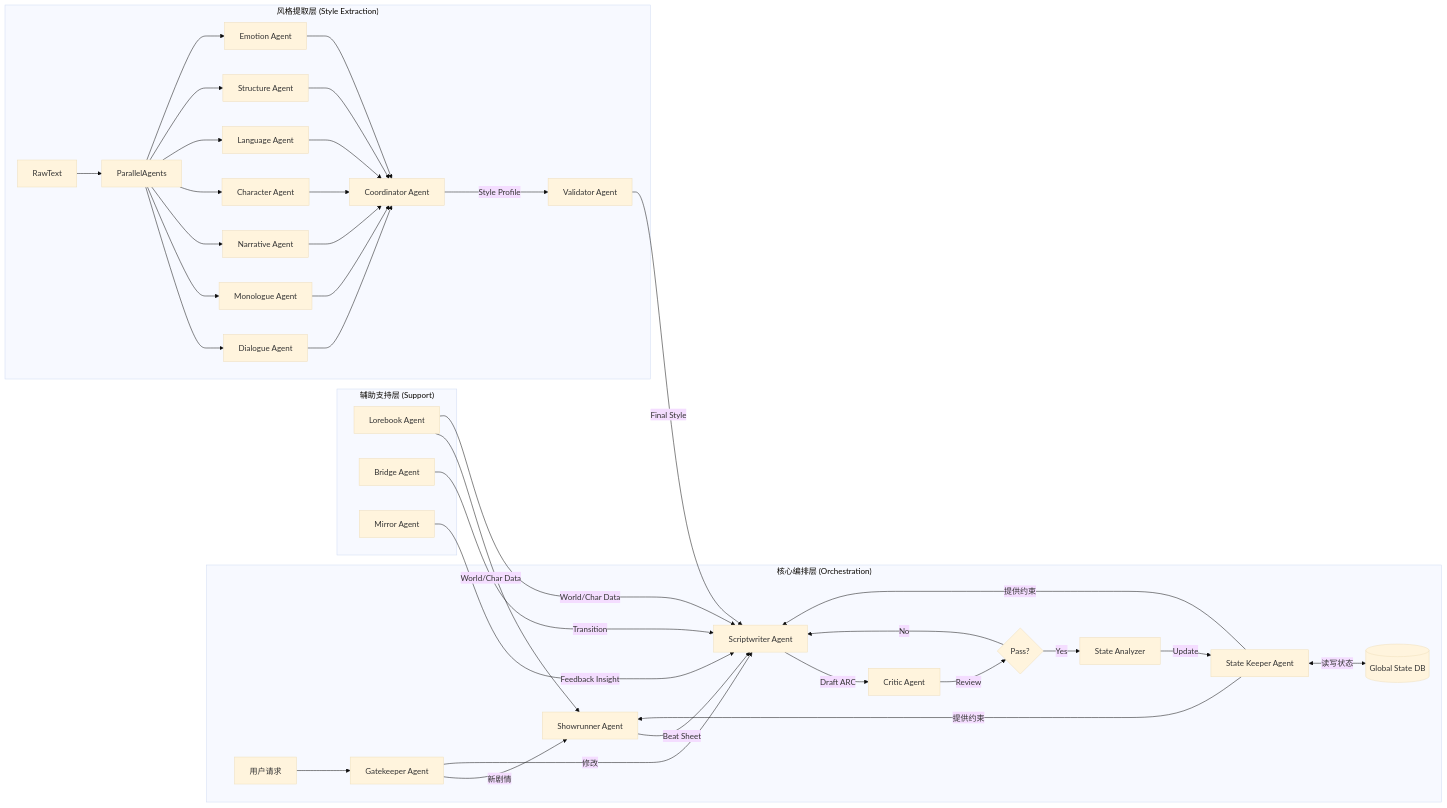
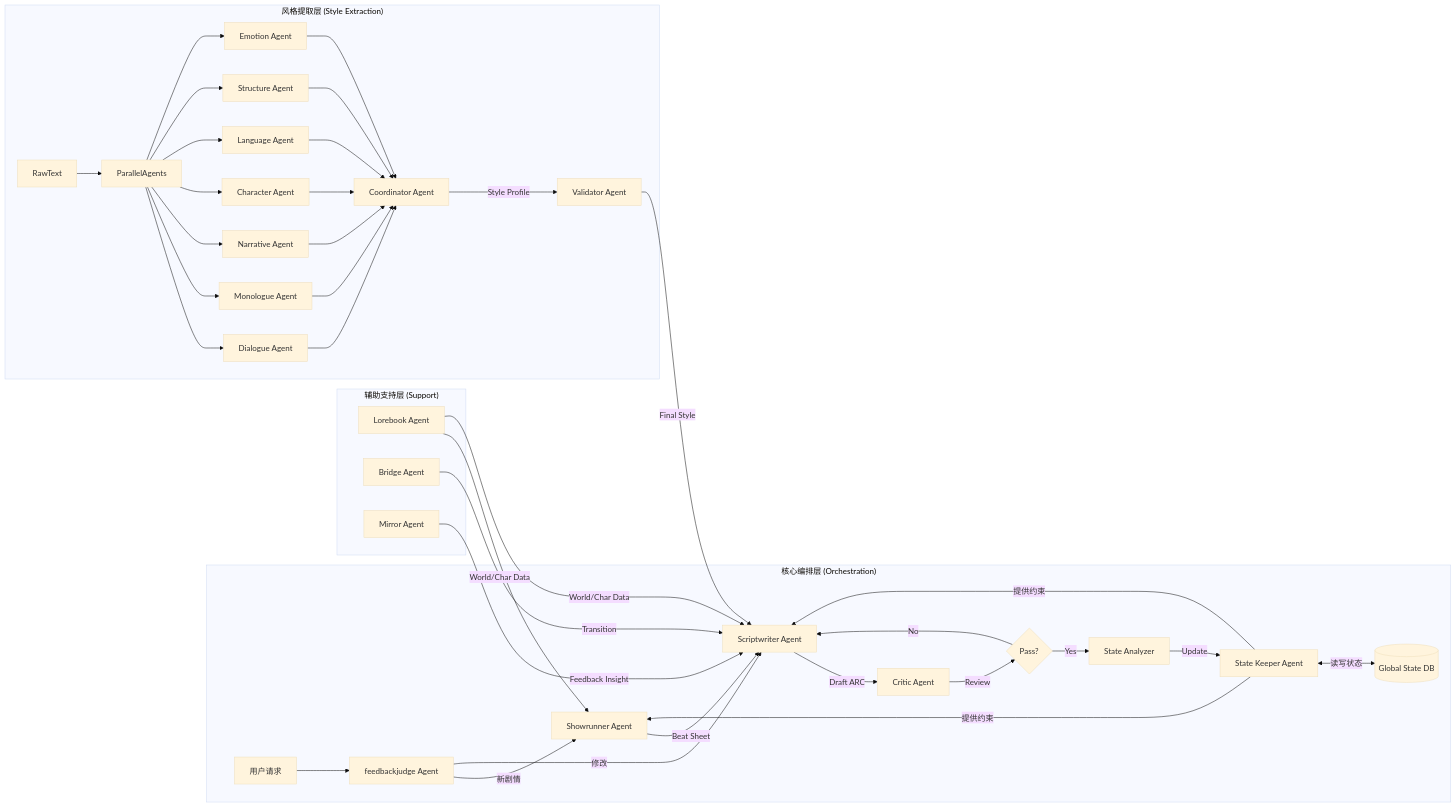
Before and after one commit to 1deaaa/spark-arc-studio: the second of 2 diagrams in PROJECT_ANALYSIS_REPORT.md, drawn with Mermaid (base theme). The commit also changed other lines of this file and 27 other files, not shown here.

````diff
--- a/PROJECT_ANALYSIS_REPORT.md
+++ b/PROJECT_ANALYSIS_REPORT.md
@@ -78,46 +78,46 @@
 ```mermaid
 flowchart LR
     subgraph "核心编排层 (Orchestration)"
-        UserRequest[用户请求] --> Gatekeeper
+        UserRequest[用户请求] --> feedbackjudge
         
-        Gatekeeper[Gatekeeper Agent] -->|新剧情| Showrunner
-        Gatekeeper -->|修改| Scriptwriter
+        feedbackjudge[feedbackjudge Agent] -->|新剧情| Showrunner
+        feedbackjudge -->|修改| Scriptwriter
         
         StateKeeper[State Keeper Agent] <-->|读写状态| DB[(Global State DB)]
         StateKeeper -->|提供约束| Showrunner & Scriptwriter
         
         Showrunner[Showrunner Agent] -->|Beat Sheet| Scriptwriter
         
         Scriptwriter[Scriptwriter Agent] -->|Draft ARC| Critic
         
         Critic[Critic Agent] -->|Review| Decision{Pass?}
         Decision -->|No| Scriptwriter
         Decision -->|Yes| StateAnalyzer[State Analyzer]
         
         StateAnalyzer -->|Update| StateKeeper
     end
 
     subgraph "辅助支持层 (Support)"
         Lorebook[Lorebook Agent] -->|World/Char Data| Showrunner & Scriptwriter
         
         Bridge[Bridge Agent] -->|Transition| Scriptwriter
         
         Mirror[Mirror Agent] -->|Feedback Insight| Scriptwriter
     end
 
     subgraph "风格提取层 (Style Extraction)"
         RawText --> ParallelAgents
         
         ParallelAgents --> Dialogue[Dialogue Agent]
         ParallelAgents --> Monologue[Monologue Agent]
         ParallelAgents --> Narrative[Narrative Agent]
         ParallelAgents --> Character[Character Agent]
         ParallelAgents --> Language[Language Agent]
         ParallelAgents --> Structure[Structure Agent]
         ParallelAgents --> Emotion[Emotion Agent]
         
         Dialogue & Monologue & Narrative & Character & Language & Structure & Emotion --> Coordinator[Coordinator Agent]
         Coordinator -->|Style Profile| Validator[Validator Agent]
         Validator -->|Final Style| Scriptwriter
     end
 ```
````
